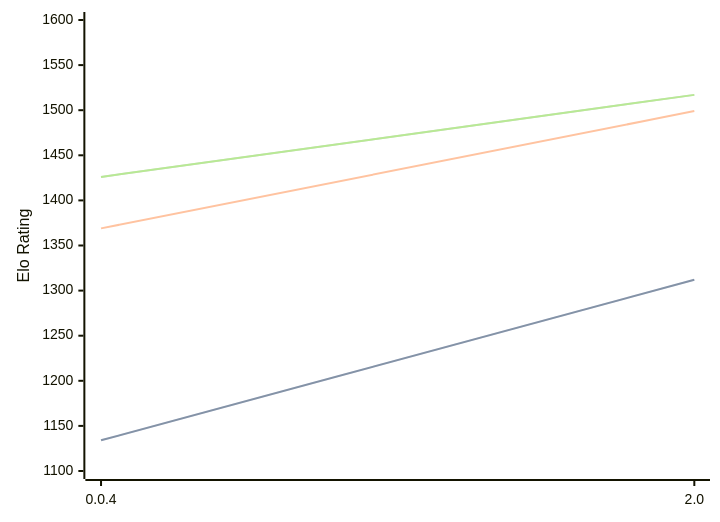
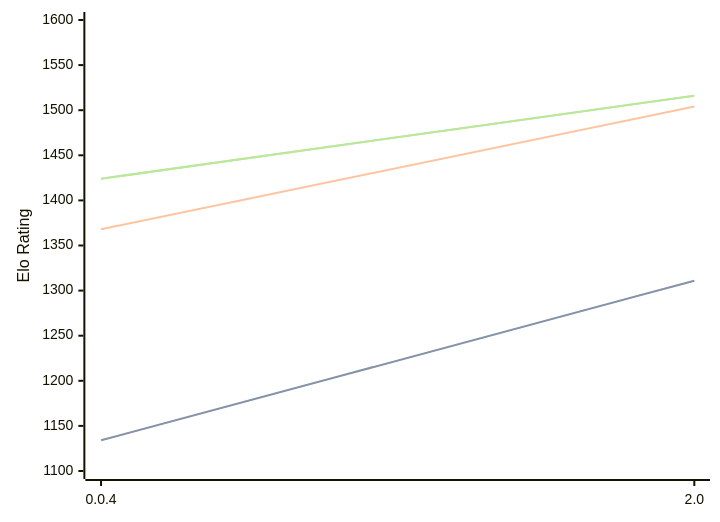
Before and after one commit to computer-chess-index/cci: the diagram in engines/Oops!Mate.md, drawn with Mermaid. The commit also changed other lines of this file, not shown here.

Commit message:
Update CCI Ratings (ELO VLTC) - 2026-02-18

````diff
--- a/engines/Oops!Mate.md
+++ b/engines/Oops!Mate.md
@@ -48,11 +48,11 @@
 ```mermaid
 %%{init: {"theme":"base","themeVariables":{"seriesColors:['#a3a3a3','#222221','#faa371']}}}%%
 xychart-beta
   x-axis ["0.0.4", "2.0"]
   y-axis "Elo Rating" 1100 --> 1600
-  line "STC (8.0+0.08s)" [1134, 1312]
-  line "STC (8.0+0.08s)" [1134, 1312]
-  line "LTC (60.0+0.60s)" [1369, 1499]
-  line "VLTC (2m24s+1.12s)" [1426, 1517]
-  line "VLTC (2m24s+1.12s)" [1426, 1517]
+  line "STC (8.0+0.08s)" [1134, 1311]
+  line "STC (8.0+0.08s)" [1134, 1311]
+  line "LTC (60.0+0.60s)" [1368, 1504]
+  line "VLTC (2m24s+1.12s)" [1424, 1516]
+  line "VLTC (2m24s+1.12s)" [1424, 1516]
 ```
````
